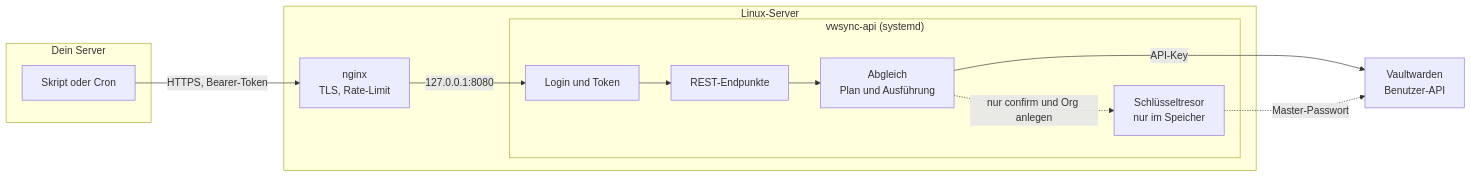
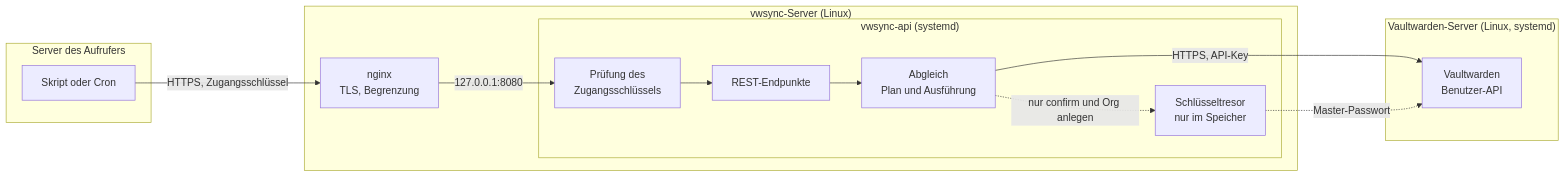
The first of 4 diagrams in README.md (WhiteCoale/vwsync-api), drawn with Mermaid before and after one commit. The commit also changed other lines of this file and 42 other files, not shown here.

````diff
--- a/README.md
+++ b/README.md
@@ -15,25 +47,27 @@
 ```mermaid
 flowchart LR
-    subgraph caller["Dein Server"]
+    subgraph caller["Server des Aufrufers"]
         job["Skript oder Cron"]
     end
 
-    subgraph host["Linux-Server"]
-        nginx["nginx<br/>TLS, Rate-Limit"]
+    subgraph host["vwsync-Server (Linux)"]
+        nginx["nginx<br/>TLS, Begrenzung"]
         subgraph svc["vwsync-api (systemd)"]
-            auth["Login und Token"]
+            auth["Prüfung des<br/>Zugangsschlüssels"]
             http["REST-Endpunkte"]
             logic["Abgleich<br/>Plan und Ausführung"]
             vault["Schlüsseltresor<br/>nur im Speicher"]
         end
     end
 
-    vw["Vaultwarden<br/>Benutzer-API"]
+    subgraph vwhost["Vaultwarden-Server (Linux, systemd)"]
+        vw["Vaultwarden<br/>Benutzer-API"]
+    end
 
-    job -- "HTTPS, Bearer-Token" --> nginx
+    job -- "HTTPS, Zugangsschlüssel" --> nginx
     nginx -- "127.0.0.1:8080" --> auth
     auth --> http --> logic
-    logic -- "API-Key" --> vw
+    logic -- "HTTPS, API-Key" --> vw
     logic -. "nur confirm und Org anlegen" .-> vault
     vault -. "Master-Passwort" .-> vw
 ```
````
